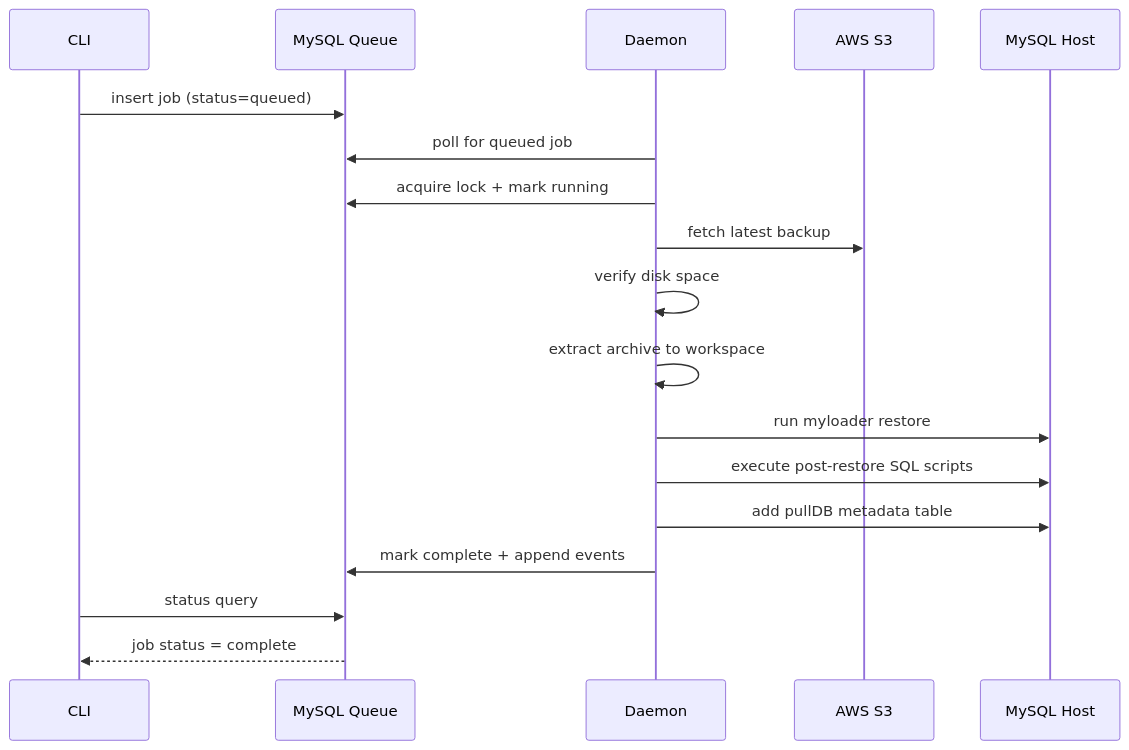
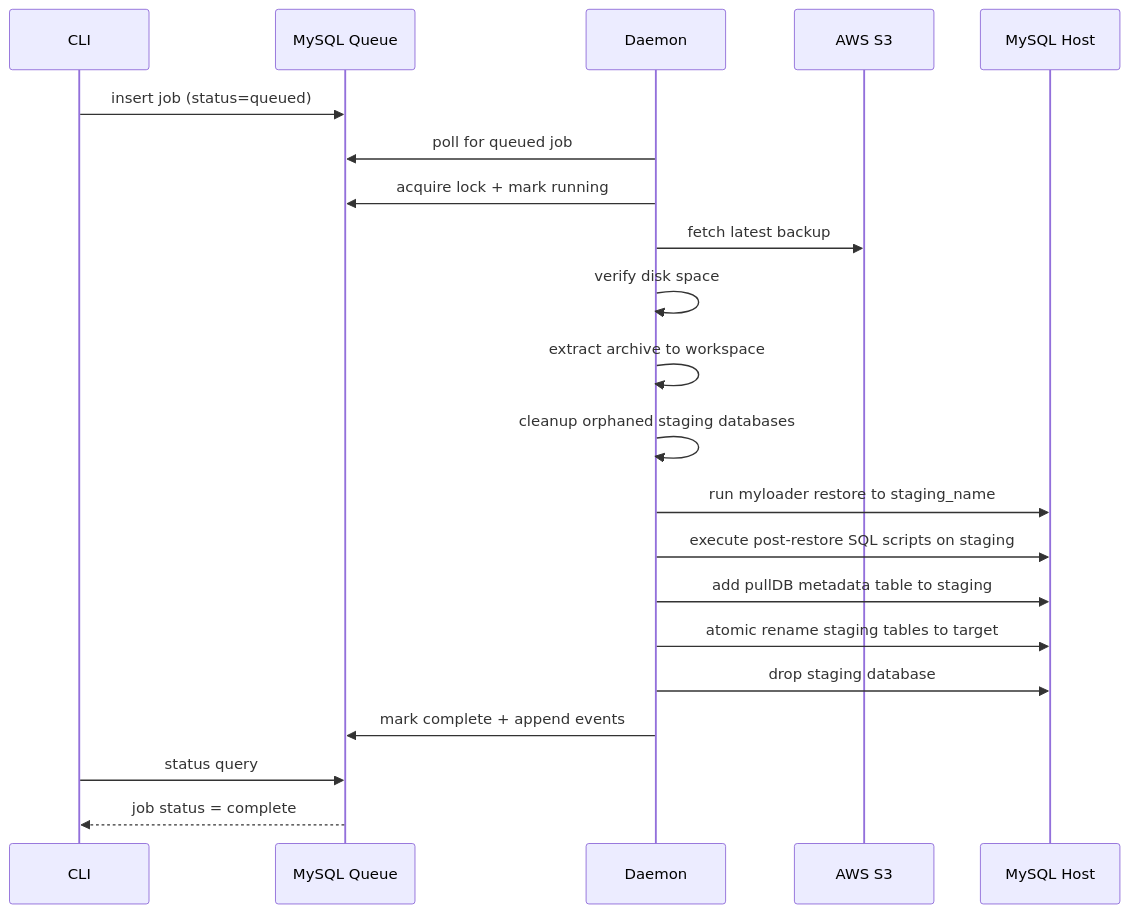
The diagram in design/diagrams/restore-lifecycle.mmd (CharlesHandshy/pullDB), drawn with Mermaid before and after one commit. The commit also changed 31 other files, not shown here.

```diff
--- a/design/diagrams/restore-lifecycle.mmd
+++ b/design/diagrams/restore-lifecycle.mmd
@@ -1,20 +1,23 @@
 %% Mermaid sequence diagram for restore lifecycle
 sequenceDiagram
   participant CLI as CLI
   participant DB as MySQL Queue
   participant D as Daemon
   participant S3 as AWS S3
   participant MySQL as MySQL Host
 
   CLI->>DB: insert job (status=queued)
   D->>DB: poll for queued job
   D->>DB: acquire lock + mark running
   D->>S3: fetch latest backup
   D->>D: verify disk space
   D->>D: extract archive to workspace
-  D->>MySQL: run myloader restore
-  D->>MySQL: execute post-restore SQL scripts
-  D->>MySQL: add pullDB metadata table
+  D->>D: cleanup orphaned staging databases
+  D->>MySQL: run myloader restore to staging_name
+  D->>MySQL: execute post-restore SQL scripts on staging
+  D->>MySQL: add pullDB metadata table to staging
+  D->>MySQL: atomic rename staging tables to target
+  D->>MySQL: drop staging database
   D->>DB: mark complete + append events
   CLI->>DB: status query
   DB-->>CLI: job status = complete
```
